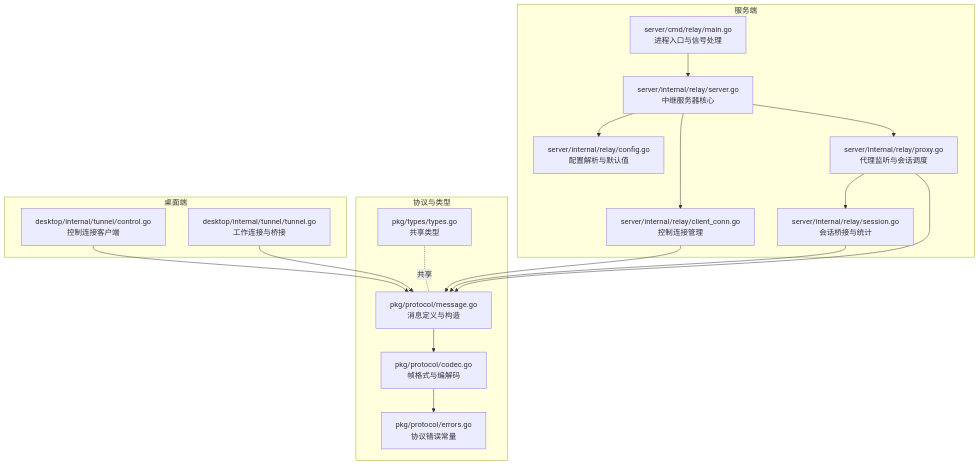
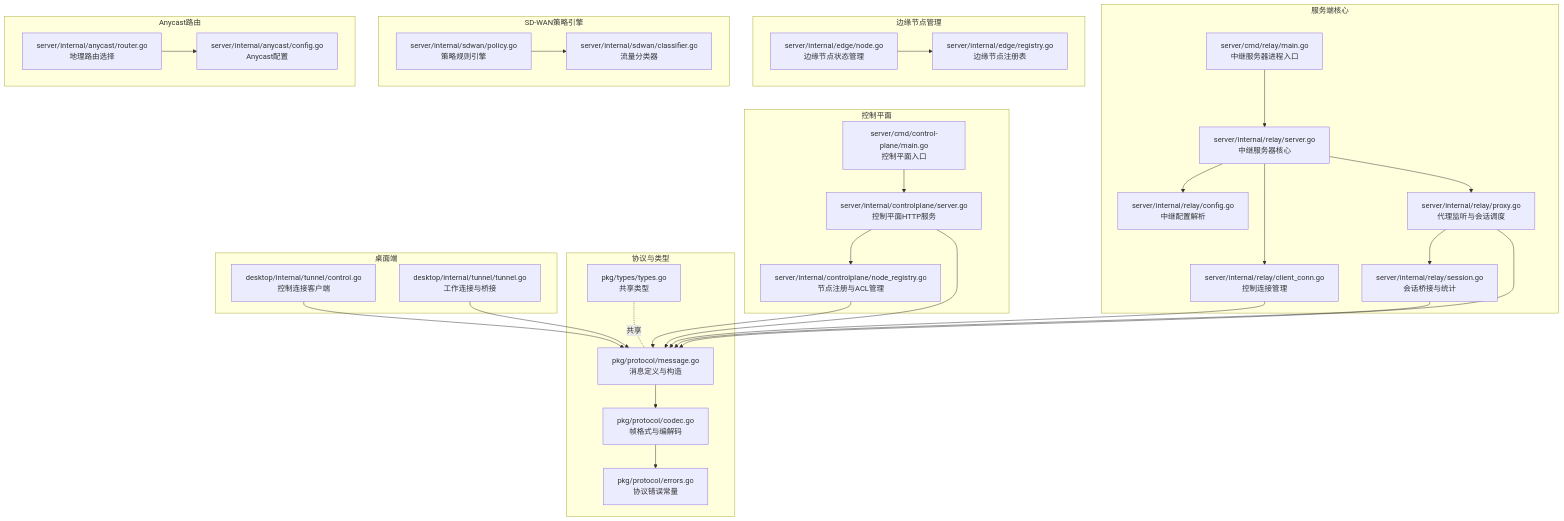
The first of 8 diagrams in .qoder/repowiki/zh/content/服务端架构/服务端架构.md (itsharex/NexTunnel), drawn with Mermaid before and after one commit. The commit also changed other lines of this file and 32 other files, not shown here.

````diff
--- a/.qoder/repowiki/zh/content/服务端架构/服务端架构.md
+++ b/.qoder/repowiki/zh/content/服务端架构/服务端架构.md
@@ -48,34 +58,58 @@
 ```mermaid
 graph TB
-subgraph "服务端"
-A["server/cmd/relay/main.go<br/>进程入口与信号处理"]
+subgraph "服务端核心"
+A["server/cmd/relay/main.go<br/>中继服务器进程入口"]
 B["server/internal/relay/server.go<br/>中继服务器核心"]
-C["server/internal/relay/config.go<br/>配置解析与默认值"]
+C["server/internal/relay/config.go<br/>中继配置解析"]
 D["server/internal/relay/client_conn.go<br/>控制连接管理"]
 E["server/internal/relay/proxy.go<br/>代理监听与会话调度"]
 F["server/internal/relay/session.go<br/>会话桥接与统计"]
 end
+subgraph "控制平面"
+G["server/cmd/control-plane/main.go<br/>控制平面入口"]
+H["server/internal/controlplane/server.go<br/>控制平面HTTP服务"]
+I["server/internal/controlplane/node_registry.go<br/>节点注册与ACL管理"]
+end
+subgraph "边缘节点管理"
+J["server/internal/edge/node.go<br/>边缘节点状态管理"]
+K["server/internal/edge/registry.go<br/>边缘节点注册表"]
+end
+subgraph "SD-WAN策略引擎"
+L["server/internal/sdwan/policy.go<br/>策略规则引擎"]
+M["server/internal/sdwan/classifier.go<br/>流量分类器"]
+end
+subgraph "Anycast路由"
+N["server/internal/anycast/router.go<br/>地理路由选择"]
+O["server/internal/anycast/config.go<br/>Anycast配置"]
+end
 subgraph "协议与类型"
-G["pkg/protocol/message.go<br/>消息定义与构造"]
-H["pkg/protocol/codec.go<br/>帧格式与编解码"]
-I["pkg/protocol/errors.go<br/>协议错误常量"]
-J["pkg/types/types.go<br/>共享类型"]
+P["pkg/protocol/message.go<br/>消息定义与构造"]
+Q["pkg/protocol/codec.go<br/>帧格式与编解码"]
+R["pkg/protocol/errors.go<br/>协议错误常量"]
+S["pkg/types/types.go<br/>共享类型"]
 end
 subgraph "桌面端"
-K["desktop/internal/tunnel/control.go<br/>控制连接客户端"]
-L["desktop/internal/tunnel/tunnel.go<br/>工作连接与桥接"]
+T["desktop/internal/tunnel/control.go<br/>控制连接客户端"]
+U["desktop/internal/tunnel/tunnel.go<br/>工作连接与桥接"]
 end
 A --> B
+G --> H
+H --> I
 B --> C
 B --> D
 B --> E
 E --> F
-D --> G
-E --> G
-F --> G
-G --> H
-H --> I
-K --> G
-L --> G
-J -. 共享 .- G
+D --> P
+E --> P
+F --> P
+H --> P
+I --> P
+J --> K
+L --> M
+N --> O
+P --> Q
+Q --> R
+T --> P
+U --> P
+S -. 共享 .- P
 ```
````
